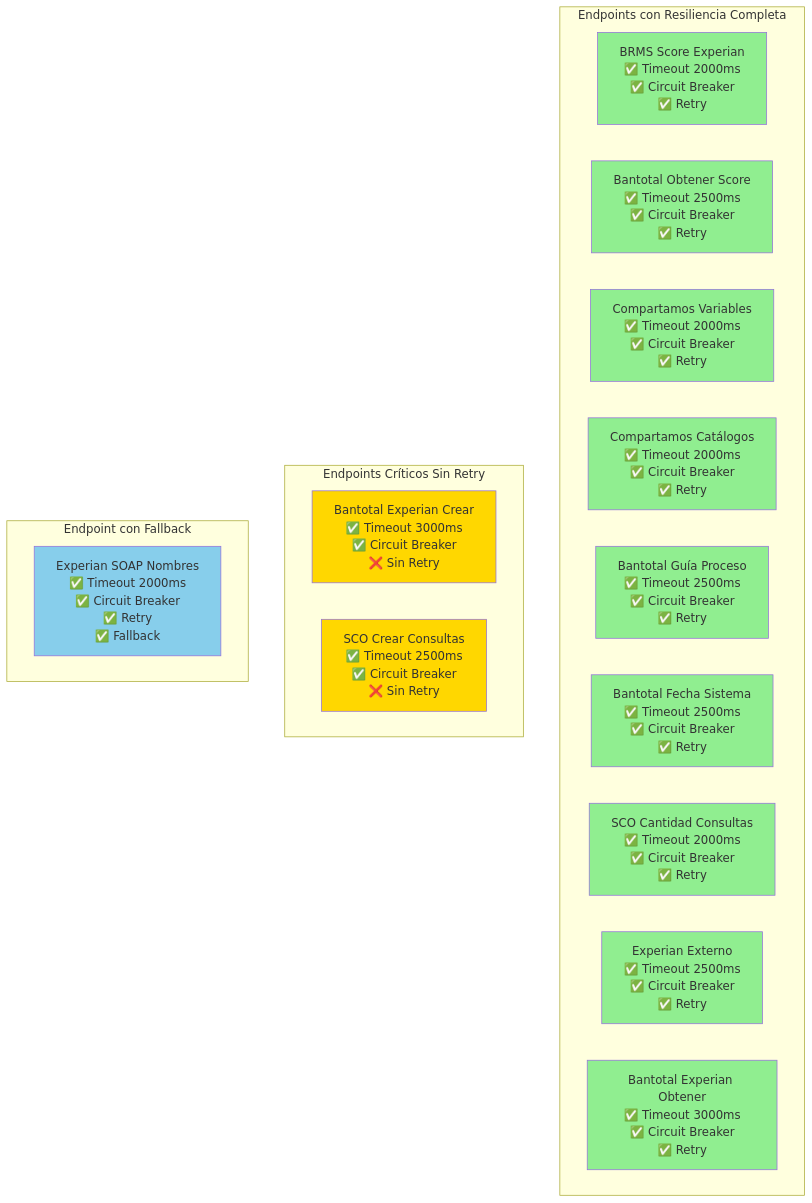
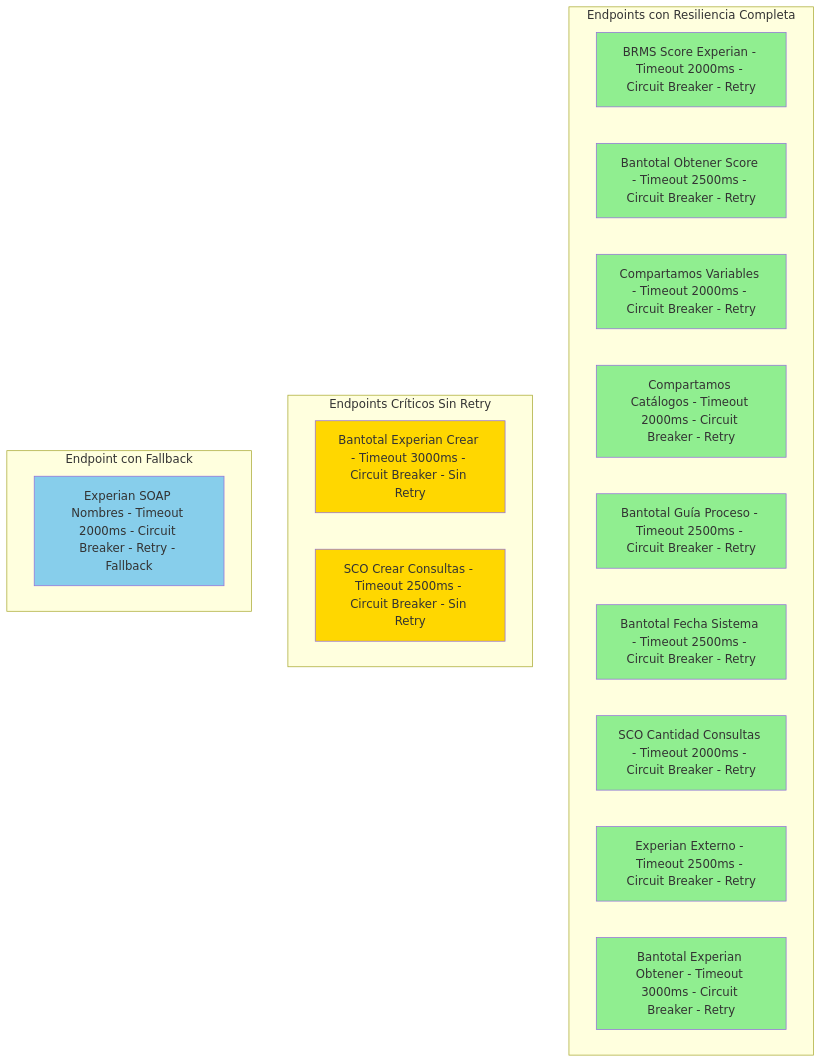
Before and after one commit to rrondinel/documents: diagram 13 of 27 in DIAGRAMAS_MERMAID_COMPARATIVOS.md, drawn with Mermaid. The commit also changed other lines of this file, not shown here.

````diff
--- a/DIAGRAMAS_MERMAID_COMPARATIVOS.md
+++ b/DIAGRAMAS_MERMAID_COMPARATIVOS.md
@@ -534,36 +534,36 @@
 ```mermaid
 graph TB
     subgraph "Endpoints con Resiliencia Completa"
-        A1[BRMS Score Experian<br/>✅ Timeout 2000ms<br/>✅ Circuit Breaker<br/>✅ Retry]
-        A2[Bantotal Obtener Score<br/>✅ Timeout 2500ms<br/>✅ Circuit Breaker<br/>✅ Retry]
-        A3[Compartamos Variables<br/>✅ Timeout 2000ms<br/>✅ Circuit Breaker<br/>✅ Retry]
-        A4[Compartamos Catálogos<br/>✅ Timeout 2000ms<br/>✅ Circuit Breaker<br/>✅ Retry]
-        A5[Bantotal Guía Proceso<br/>✅ Timeout 2500ms<br/>✅ Circuit Breaker<br/>✅ Retry]
-        A6[Bantotal Fecha Sistema<br/>✅ Timeout 2500ms<br/>✅ Circuit Breaker<br/>✅ Retry]
-        A7[SCO Cantidad Consultas<br/>✅ Timeout 2000ms<br/>✅ Circuit Breaker<br/>✅ Retry]
-        A8[Experian Externo<br/>✅ Timeout 2500ms<br/>✅ Circuit Breaker<br/>✅ Retry]
-        A9[Bantotal Experian Obtener<br/>✅ Timeout 3000ms<br/>✅ Circuit Breaker<br/>✅ Retry]
+        A1["BRMS Score Experian - Timeout 2000ms - Circuit Breaker - Retry"]
+        A2["Bantotal Obtener Score - Timeout 2500ms - Circuit Breaker - Retry"]
+        A3["Compartamos Variables - Timeout 2000ms - Circuit Breaker - Retry"]
+        A4["Compartamos Catálogos - Timeout 2000ms - Circuit Breaker - Retry"]
+        A5["Bantotal Guía Proceso - Timeout 2500ms - Circuit Breaker - Retry"]
+        A6["Bantotal Fecha Sistema - Timeout 2500ms - Circuit Breaker - Retry"]
+        A7["SCO Cantidad Consultas - Timeout 2000ms - Circuit Breaker - Retry"]
+        A8["Experian Externo - Timeout 2500ms - Circuit Breaker - Retry"]
+        A9["Bantotal Experian Obtener - Timeout 3000ms - Circuit Breaker - Retry"]
     end
     
     subgraph "Endpoints Críticos Sin Retry"
-        B1[Bantotal Experian Crear<br/>✅ Timeout 3000ms<br/>✅ Circuit Breaker<br/>❌ Sin Retry]
-        B2[SCO Crear Consultas<br/>✅ Timeout 2500ms<br/>✅ Circuit Breaker<br/>❌ Sin Retry]
+        B1["Bantotal Experian Crear - Timeout 3000ms - Circuit Breaker - Sin Retry"]
+        B2["SCO Crear Consultas - Timeout 2500ms - Circuit Breaker - Sin Retry"]
     end
     
     subgraph "Endpoint con Fallback"
-        C1[Experian SOAP Nombres<br/>✅ Timeout 2000ms<br/>✅ Circuit Breaker<br/>✅ Retry<br/>✅ Fallback]
+        C1["Experian SOAP Nombres - Timeout 2000ms - Circuit Breaker - Retry - Fallback"]
     end
     
     style A1 fill:#90EE90
     style A2 fill:#90EE90
     style A3 fill:#90EE90
     style A4 fill:#90EE90
     style A5 fill:#90EE90
     style A6 fill:#90EE90
     style A7 fill:#90EE90
     style A8 fill:#90EE90
     style A9 fill:#90EE90
     style B1 fill:#FFD700
     style B2 fill:#FFD700
     style C1 fill:#87CEEB
 ```
````
